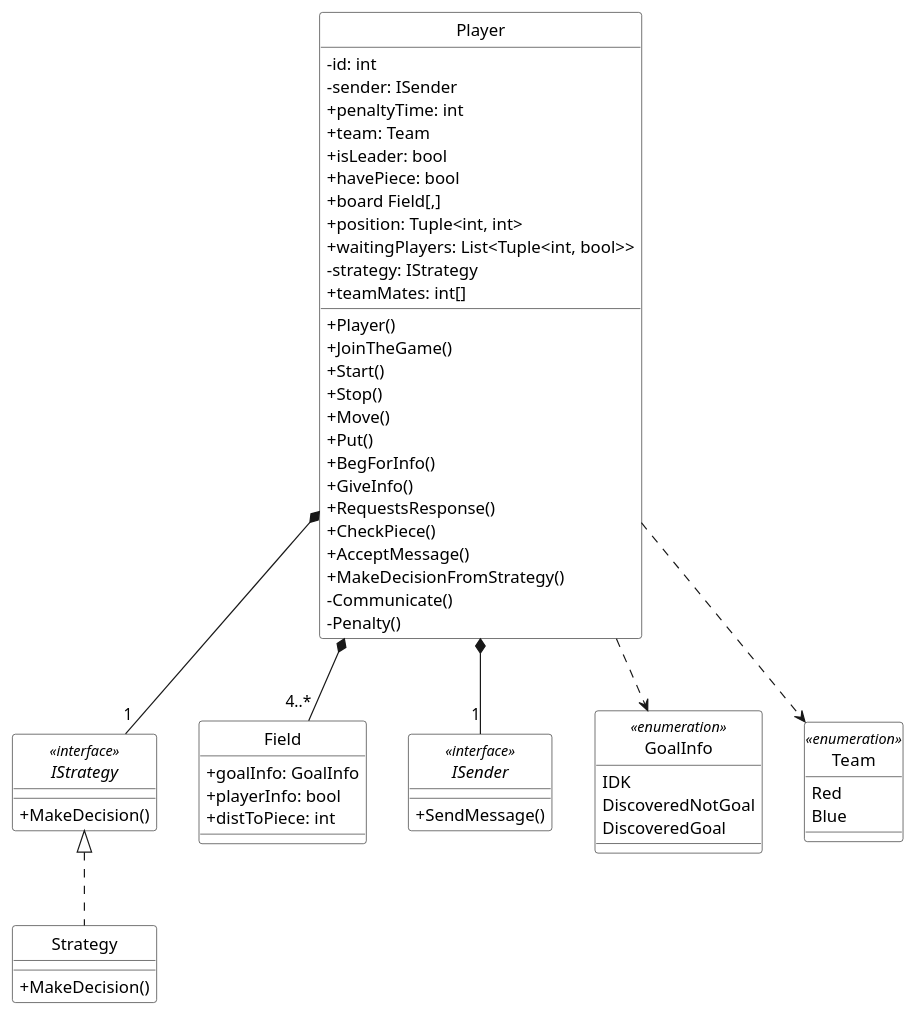
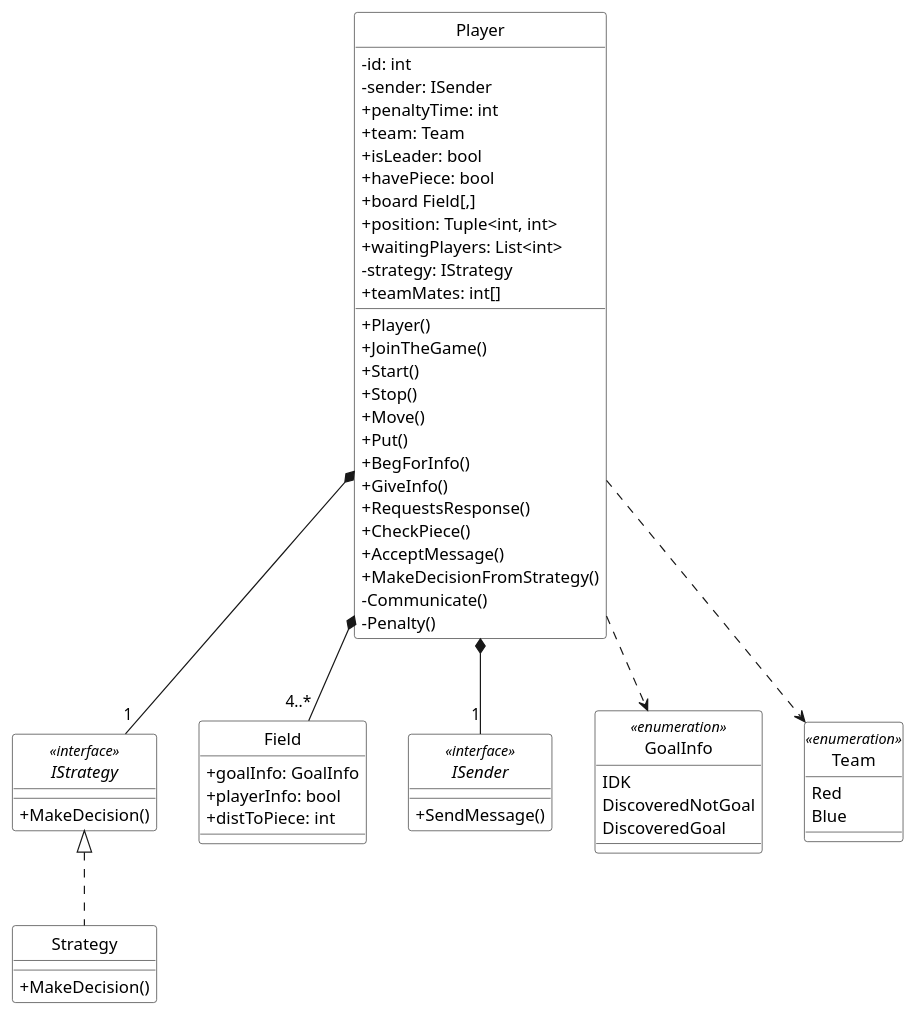
Before and after one commit to MINI-IO/IO-project-game: the diagram in UML/ClassDiagram/Player.puml, drawn with PlantUML. The commit also changed 2 other files, not shown here.

```diff
--- a/UML/ClassDiagram/Player.puml
+++ b/UML/ClassDiagram/Player.puml
@@ -1,76 +1,76 @@
 @startuml
 skinparam shadowing false
 skinparam monochrome true
 skinparam classAttributeIconSize 0
 hide circles
 
 skinparam class {
 BackgroundColor white
 }
 
 IStrategy <|.. Strategy
 Player *-- "4..*" Field
 Player *-- "1" IStrategy
 Player *-- "1" ISender
 Player ..> GoalInfo
 Player ..> Team
 
 class Player {
 - id: int
 - sender: ISender
 + penaltyTime: int
 + team: Team
 + isLeader: bool
 + havePiece: bool
 + board Field[,]
 + position: Tuple<int, int>
-+ waitingPlayers: List<Tuple<int, bool>>
++ waitingPlayers: List<int>
 - strategy: IStrategy
 + teamMates: int[]
 
 + Player()
 + JoinTheGame()
 + Start()
 + Stop()
 + Move()
 + Put()
 + BegForInfo()
 + GiveInfo()
 + RequestsResponse()
 + CheckPiece()
 + AcceptMessage()
 + MakeDecisionFromStrategy()
 - Communicate()
 - Penalty()
 }
 
 class Field{
 + goalInfo: GoalInfo
 + playerInfo: bool
 + distToPiece: int
 }
 
 interface IStrategy <<interface>> {
 + MakeDecision()
 }
 
 interface ISender <<interface>> {
 + SendMessage()
 }
 
 
 class Strategy {
 + MakeDecision()
 }
 
 enum Team <<enumeration>> {
 Red
 Blue
 }
 
 enum GoalInfo <<enumeration>> {
 IDK
 DiscoveredNotGoal
 DiscoveredGoal
 }
 @enduml
```
